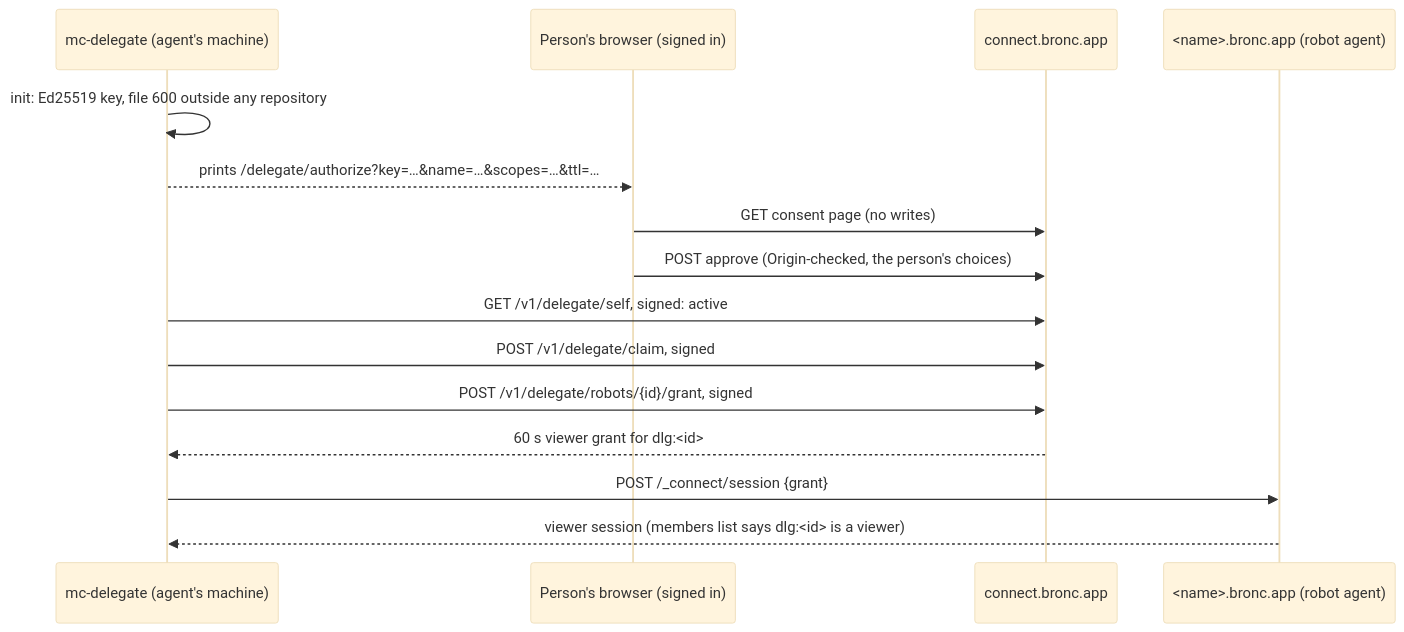
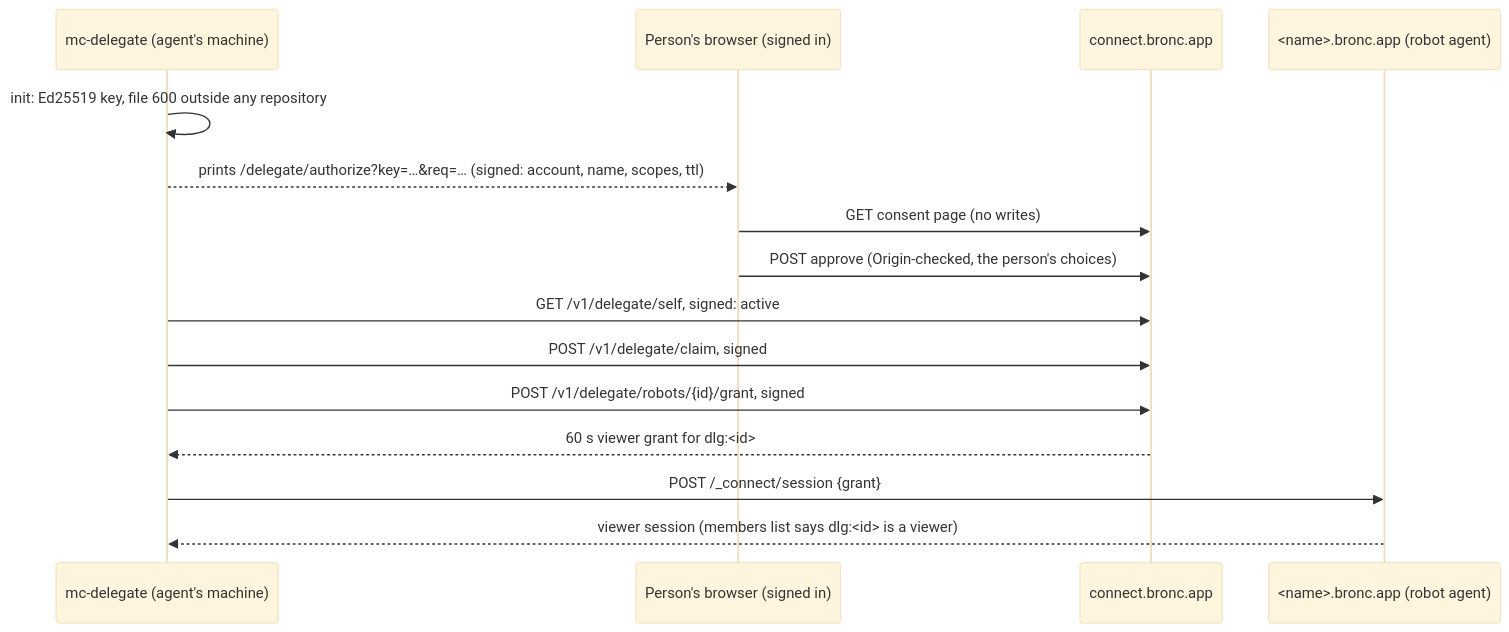
The diagram in docs/agent-delegation.md (liltaket/mowgli-connect), drawn with Mermaid (base theme) before and after one commit. The commit also changed other lines of this file and 14 other files, not shown here.

````diff
--- a/docs/agent-delegation.md
+++ b/docs/agent-delegation.md
@@ -95,17 +95,17 @@
 ```mermaid
 sequenceDiagram
     participant CLI as mc-delegate (agent's machine)
     participant Browser as Person's browser (signed in)
     participant Relay as connect.bronc.app
     participant Robot as <name>.bronc.app (robot agent)
     CLI->>CLI: init: Ed25519 key, file 600 outside any repository
-    CLI-->>Browser: prints /delegate/authorize?key=…&name=…&scopes=…&ttl=…
+    CLI-->>Browser: prints /delegate/authorize?key=…&req=… (signed: account, name, scopes, ttl)
     Browser->>Relay: GET consent page (no writes)
     Browser->>Relay: POST approve (Origin-checked, the person's choices)
     CLI->>Relay: GET /v1/delegate/self, signed: active
     CLI->>Relay: POST /v1/delegate/claim, signed
     CLI->>Relay: POST /v1/delegate/robots/{id}/grant, signed
     Relay-->>CLI: 60 s viewer grant for dlg:<id>
     CLI->>Robot: POST /_connect/session {grant}
     Robot-->>CLI: viewer session (members list says dlg:<id> is a viewer)
 ```
````
